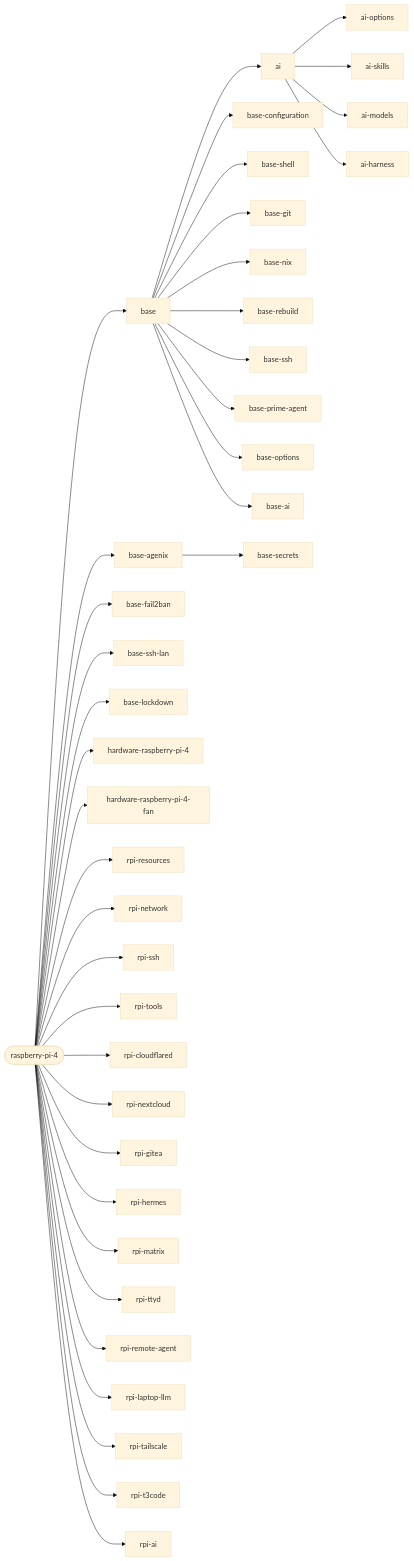
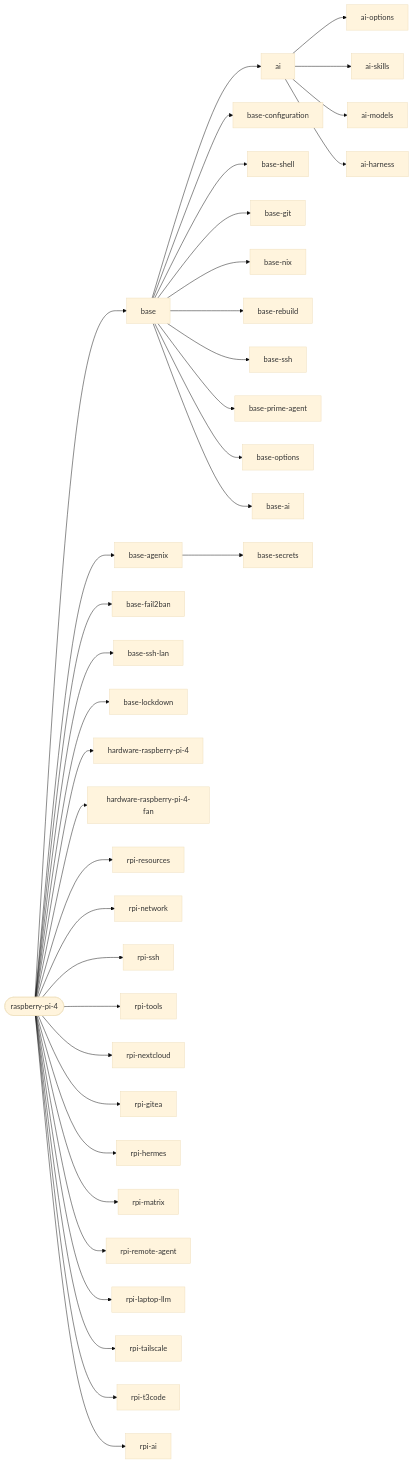
One commit to janusz-bit/nixos changed the second of 3 diagrams in docs/reference/hosts.md. Above: the diagram before and after it, drawn with Mermaid (base theme). The commit also changed other lines of this file and 29 other files, not shown here.

First line of the commit message:
rpi: move all services behind tailscale serve, remove cloudflared and ttyd

````diff
--- a/docs/reference/hosts.md
+++ b/docs/reference/hosts.md
@@ -134,41 +134,39 @@
 ```mermaid
 flowchart LR
   host_raspberry_pi_4([raspberry-pi-4])
   host_raspberry_pi_4 --> base[base]
   host_raspberry_pi_4 --> base_agenix[base-agenix]
   host_raspberry_pi_4 --> base_fail2ban[base-fail2ban]
   host_raspberry_pi_4 --> base_ssh_lan[base-ssh-lan]
   host_raspberry_pi_4 --> base_lockdown[base-lockdown]
   host_raspberry_pi_4 --> hardware_raspberry_pi_4[hardware-raspberry-pi-4]
   host_raspberry_pi_4 --> hardware_raspberry_pi_4_fan[hardware-raspberry-pi-4-fan]
   host_raspberry_pi_4 --> rpi_resources[rpi-resources]
   host_raspberry_pi_4 --> rpi_network[rpi-network]
   host_raspberry_pi_4 --> rpi_ssh[rpi-ssh]
   host_raspberry_pi_4 --> rpi_tools[rpi-tools]
-  host_raspberry_pi_4 --> rpi_cloudflared[rpi-cloudflared]
   host_raspberry_pi_4 --> rpi_nextcloud[rpi-nextcloud]
   host_raspberry_pi_4 --> rpi_gitea[rpi-gitea]
   host_raspberry_pi_4 --> rpi_hermes[rpi-hermes]
   host_raspberry_pi_4 --> rpi_matrix[rpi-matrix]
-  host_raspberry_pi_4 --> rpi_ttyd[rpi-ttyd]
   host_raspberry_pi_4 --> rpi_remote_agent[rpi-remote-agent]
   host_raspberry_pi_4 --> rpi_laptop_llm[rpi-laptop-llm]
   host_raspberry_pi_4 --> rpi_tailscale[rpi-tailscale]
   host_raspberry_pi_4 --> rpi_t3code[rpi-t3code]
   host_raspberry_pi_4 --> rpi_ai[rpi-ai]
   ai --> ai_options[ai-options]
   ai --> ai_skills[ai-skills]
   ai --> ai_models[ai-models]
   ai --> ai_harness[ai-harness]
   base --> base_configuration[base-configuration]
   base --> base_shell[base-shell]
   base --> base_git[base-git]
   base --> base_nix[base-nix]
   base --> base_rebuild[base-rebuild]
   base --> base_ssh[base-ssh]
   base --> base_prime_agent[base-prime-agent]
   base --> base_options[base-options]
   base --> ai[ai]
   base --> base_ai[base-ai]
   base_agenix --> base_secrets[base-secrets]
 ```
````
